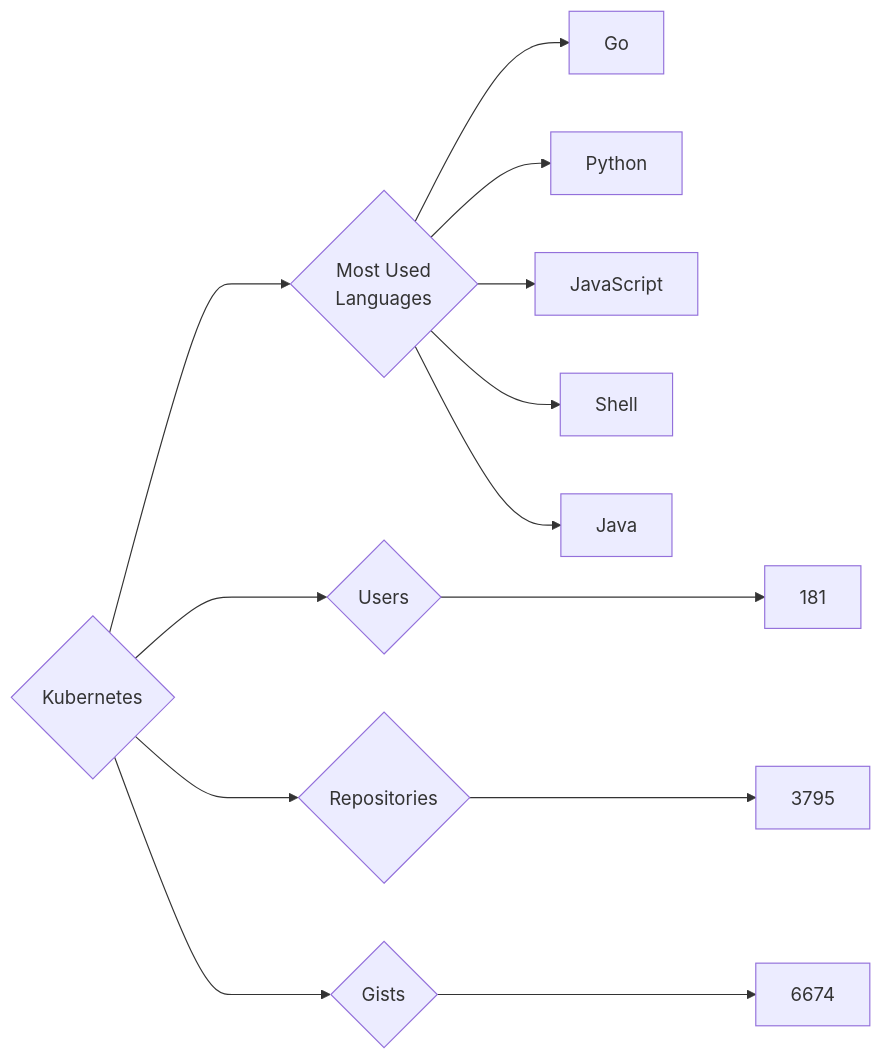
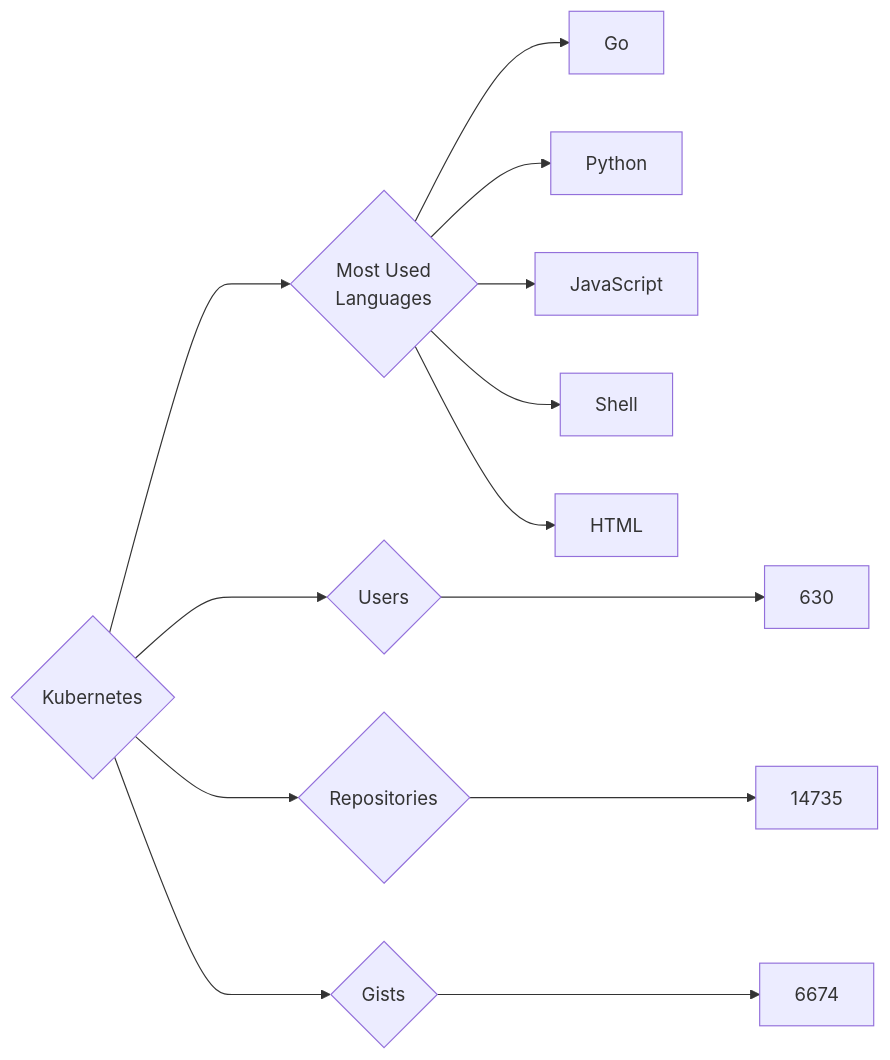
The diagram in targets/Kubernetes/README.md (trickest/insiders), drawn with Mermaid before and after one commit. The commit also changed 682 other files, not shown here.

````diff
--- a/targets/Kubernetes/README.md
+++ b/targets/Kubernetes/README.md
@@ -3,13 +3,13 @@
 ```mermaid
 graph LR
 COMPANY_NAME{Kubernetes}
-COMPANY_NAME ---> U{Users} ---> UN[181]
-COMPANY_NAME ---> R{Repositories} ---> RN[3795]
+COMPANY_NAME ---> U{Users} ---> UN[630]
+COMPANY_NAME ---> R{Repositories} ---> RN[14735]
 COMPANY_NAME ---> G{Gists} ---> GN[6674]
 COMPANY_NAME ---> ML{Most Used<br>Languages}
 ML --> Go[Go]
 ML --> Python[Python]
 ML --> JavaScript[JavaScript]
 ML --> Shell[Shell]
-ML --> Java[Java]
+ML --> HTML[HTML]
 ```
````
